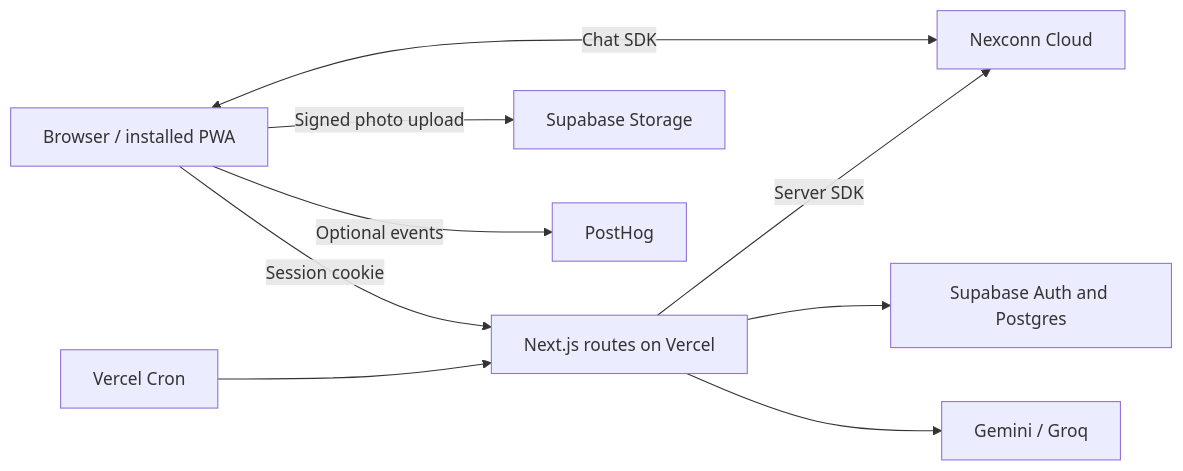
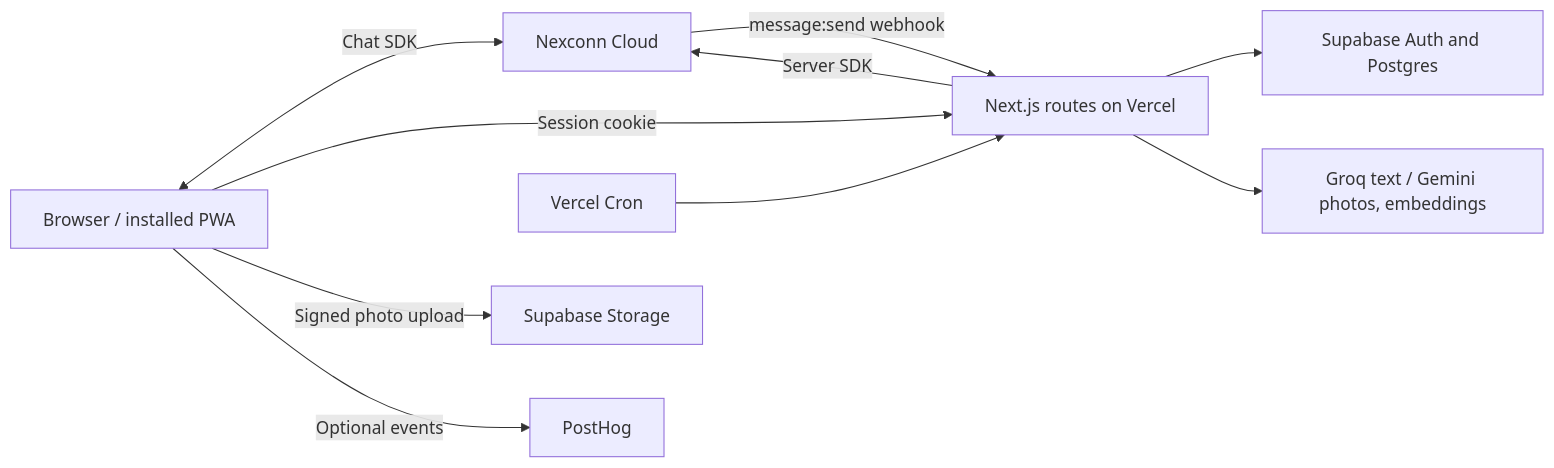
One commit to dhaanish597/doubtroom changed the diagram in README.md. Above: the diagram before and after it, drawn with Mermaid. The commit also changed other lines of this file and 27 other files, not shown here.

First line of the commit message:
phase 14: webhook TA, room sync, Gemini photos and submission docs

````diff
--- a/README.md
+++ b/README.md
@@ -47,11 +48,12 @@
 ```mermaid
 flowchart LR
   B[Browser / installed PWA] <-->|Chat SDK| N[Nexconn Cloud]
   B -->|Session cookie| A[Next.js routes on Vercel]
   B -->|Signed photo upload| S[Supabase Storage]
   A --> P[Supabase Auth and Postgres]
   A -->|Server SDK| N
-  A --> L[Gemini / Groq]
+  N -->|message:send webhook| A
+  A --> L[Groq text / Gemini photos, embeddings]
   C[Vercel Cron] --> A
   B -->|Optional events| H[PostHog]
 ```
````
